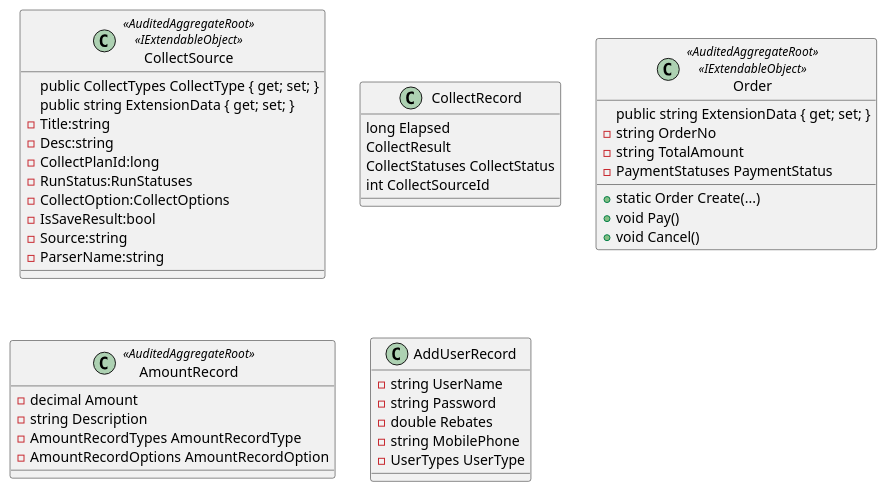
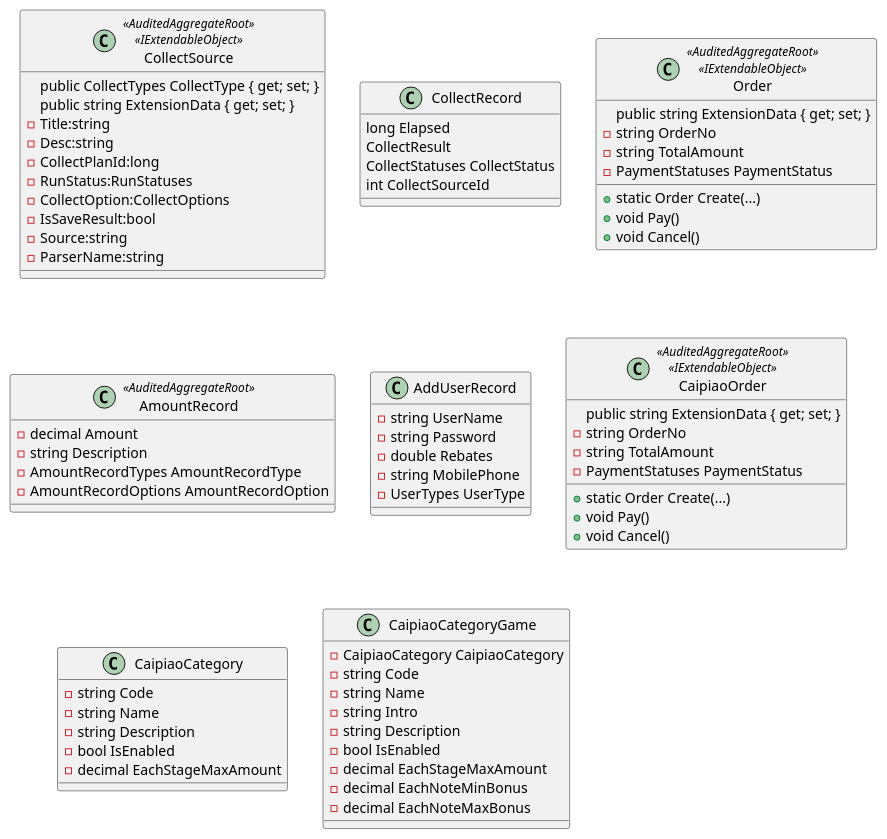
The third of 3 diagrams in _drafts/CQSSC/Collect设计.md (mainxx/mainxx.github.io), drawn with PlantUML before and after one commit. The commit also changed other lines of this file and 2 other files, not shown here.

Commit message:
提交开奖规则设计

````diff
--- a/_drafts/CQSSC/Collect设计.md
+++ b/_drafts/CQSSC/Collect设计.md
@@ -146,44 +156,74 @@
 ```plantuml
 @startuml
 class CollectSource<<AuditedAggregateRoot>><<IExtendableObject>>{
     public CollectTypes CollectType { get; set; }
     public string ExtensionData { get; set; }
     - Title:string
     - Desc:string
     - CollectPlanId:long
     - RunStatus:RunStatuses
     - CollectOption:CollectOptions
     - IsSaveResult:bool
     - Source:string
     - ParserName:string
 }
 class  CollectRecord{
     long Elapsed
     CollectResult
     CollectStatuses CollectStatus
     int CollectSourceId
 }
 class Order<<AuditedAggregateRoot>><<IExtendableObject>>{
     public string ExtensionData { get; set; }
     - string OrderNo
     - string TotalAmount
     - PaymentStatuses PaymentStatus
     + static Order Create(...)
     + void Pay()
     + void Cancel()
 }
 class AmountRecord<<AuditedAggregateRoot>>{
     - decimal Amount
     - string Description
     - AmountRecordTypes AmountRecordType
     - AmountRecordOptions AmountRecordOption
 }
 class AddUserRecord{
     - string UserName
     - string Password
     - double Rebates
     - string MobilePhone
     - UserTypes UserType
 }
+
+class CaipiaoOrder<<AuditedAggregateRoot>><<IExtendableObject>>{
+    public string ExtensionData { get; set; }
+    - string OrderNo
+    - string TotalAmount
+    - PaymentStatuses PaymentStatus
+    + static Order Create(...)
+    + void Pay()
+    + void Cancel()
+}
+
+class CaipiaoCategory{
+    - string Code
+    - string Name
+    - string Description
+    - bool IsEnabled
+    - decimal EachStageMaxAmount
+}
+class CaipiaoCategoryGame{
+    - CaipiaoCategory CaipiaoCategory
+    - string Code
+    - string Name
+    - string Intro
+    - string Description
+    - bool IsEnabled
+    - decimal EachStageMaxAmount
+    - decimal EachNoteMinBonus
+    - decimal EachNoteMaxBonus
+}
+
 @enduml
 ```
````
